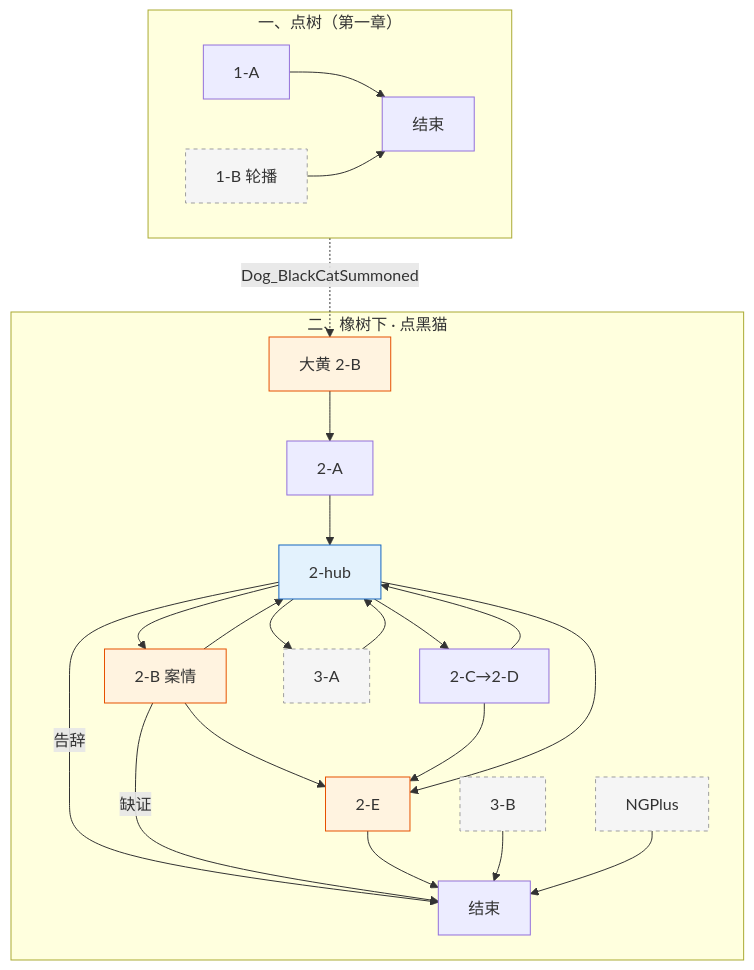
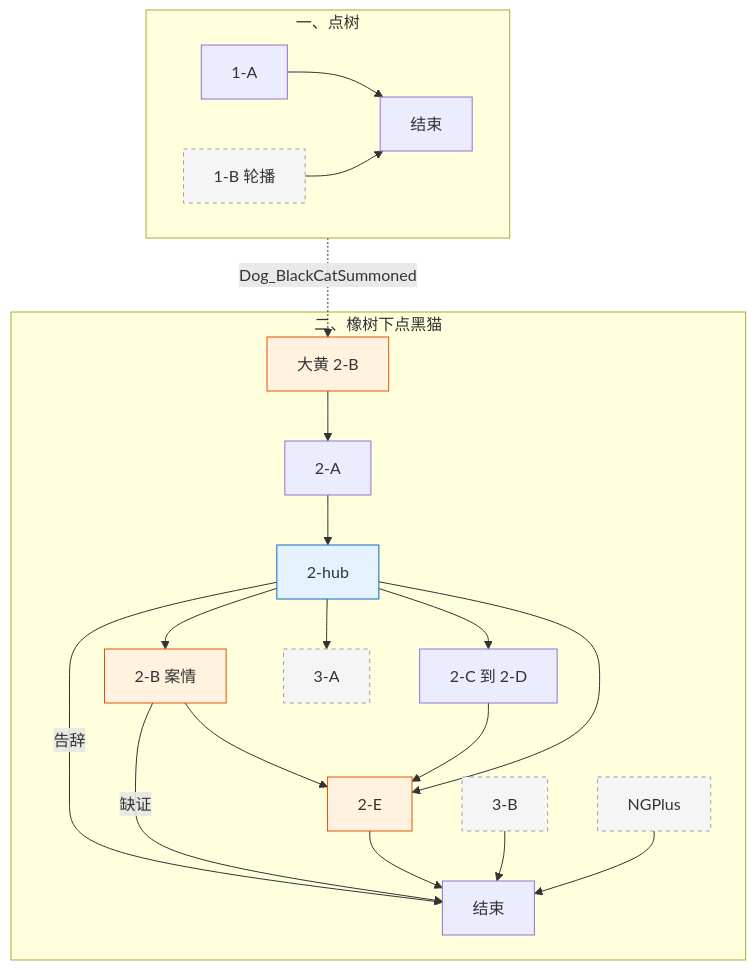
One commit to minnnpannn9585/XiaoHuoRen_EggRescue changed the diagram in MissingEggDoc-main/docs/characters/黑猫-对话脚本-树状.md. Above: the diagram before and after it, drawn with Mermaid. The commit also changed other lines of this file and 64 other files, not shown here.

````diff
--- a/MissingEggDoc-main/docs/characters/黑猫-对话脚本-树状.md
+++ b/MissingEggDoc-main/docs/characters/黑猫-对话脚本-树状.md
@@ -40,48 +41,31 @@
 ```mermaid
 flowchart TD
-  subgraph S1 ["一、点树（第一章）"]
-    TA["1-A"]
-    TB["1-B 轮播"]
-
-    TA --> X0[结束]
-    TB --> X0
+  subgraph S1 ["一、点树"]
+    TA["1-A"] --> X0[结束]
+    T1B["1-B 轮播"] --> X0
   end
 
-  subgraph S2 ["二、橡树下 · 点黑猫"]
-    CC["大黄 2-B"]
-    ZA["2-A"]
-    HUB["2-hub"]
-    CB["2-B 案情"]
-    CC2["2-C→2-D"]
-    A3["3-A"]
-    EE["2-E"]
-    B3["3-B"]
-    NG["NGPlus"]
-
-    CC --> ZA
-    ZA --> HUB
-    HUB --> CB
-    HUB --> CC2
-    HUB --> A3
+  subgraph S2 ["二、橡树下点黑猫"]
+    CC["大黄 2-B"] --> ZA["2-A"] --> HUB["2-hub"]
+    HUB --> CB["2-B 案情"]
+    HUB --> CC2["2-C 到 2-D"]
+    HUB --> A3["3-A"]
     HUB -->|告辞| X1[结束]
     CB -->|缺证| X1
-    CB --> HUB
-    CC2 --> HUB
-    A3 --> HUB
-    CB --> EE
+    CB --> EE["2-E"]
     CC2 --> EE
     HUB --> EE
     EE --> X1
-    B3 --> X1
-    NG --> X1
+    B3["3-B"] --> X1
+    NG["NGPlus"] --> X1
   end
 
   S1 -.->|Dog_BlackCatSummoned| CC
 
   classDef key fill:#fff3e0,stroke:#e65100
   classDef opt fill:#f5f5f5,stroke:#9e9e9e,stroke-dasharray:4 4
   classDef hub fill:#e3f2fd,stroke:#1565c0
   class CB,EE,CC key
-  class TB,A3,B3,NG opt
+  class T1B,A3,B3,NG opt
   class HUB hub
 ```
````
